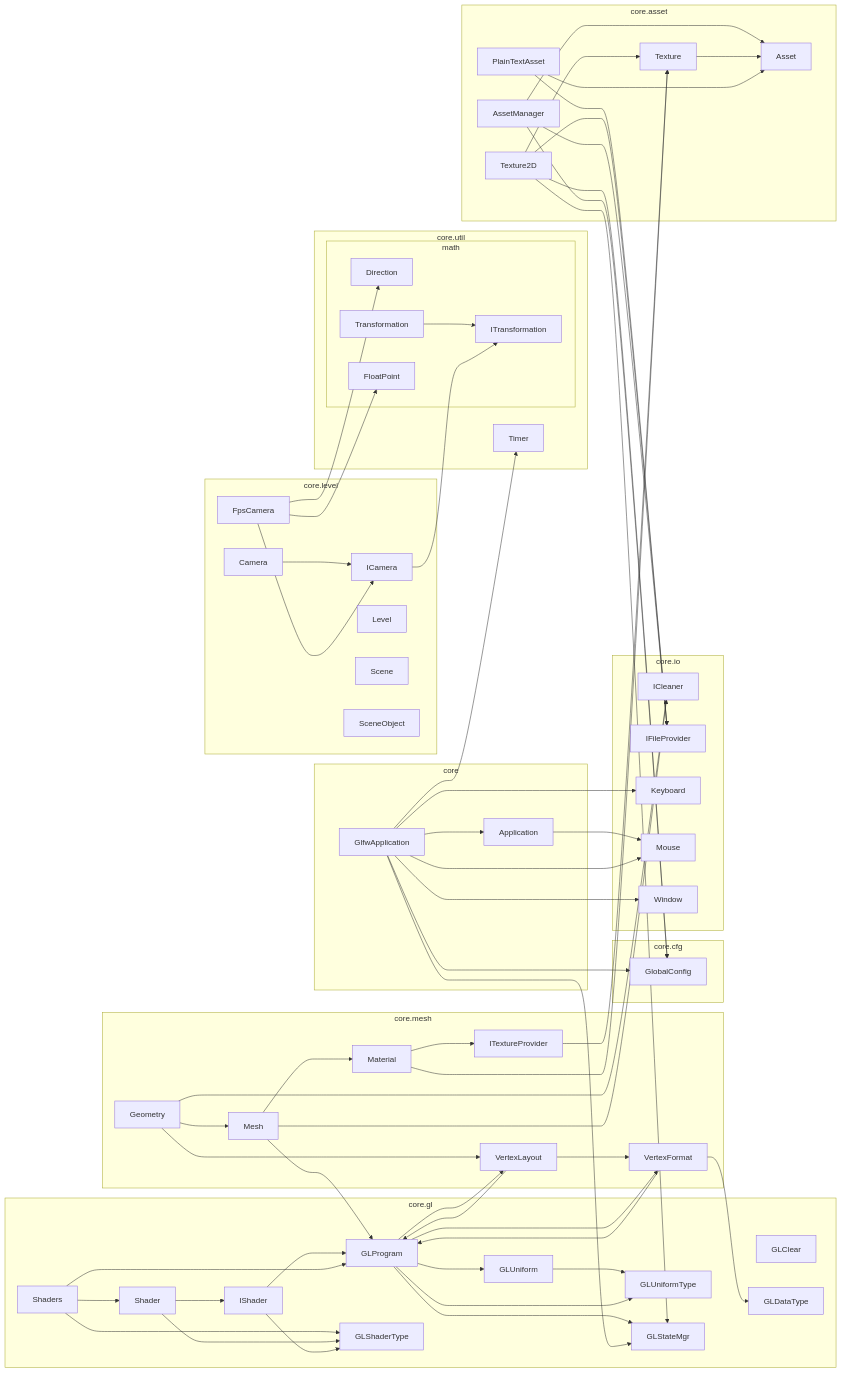
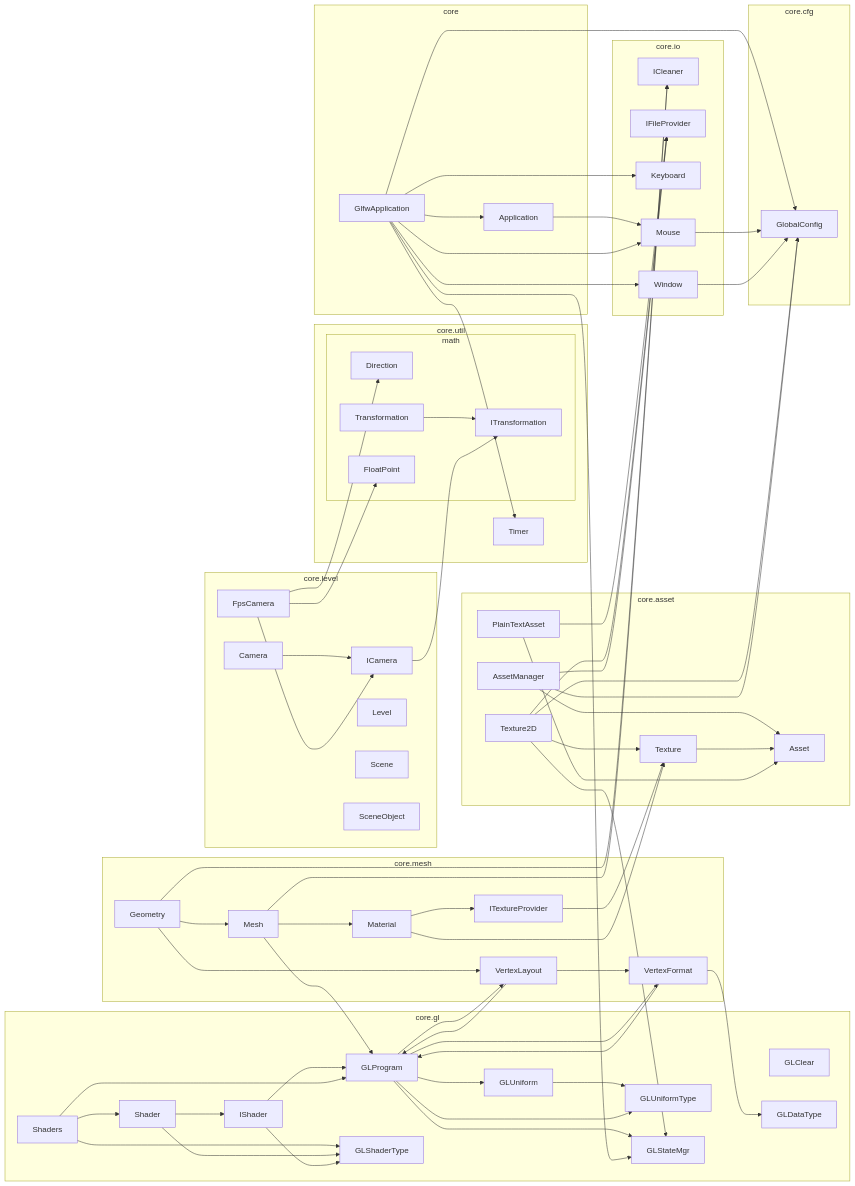
Before and after one commit to Over-Run/swgl-core: the diagram in README.md, drawn with Mermaid. The commit also changed 9 other files, not shown here.

````diff
--- a/README.md
+++ b/README.md
@@ -25,73 +25,75 @@
 ```mermaid
 graph LR
 subgraph core.asset
     AssetManager-->Asset
     Texture2D-->Texture-->Asset
     PlainTextAsset-->Asset
 end
 subgraph core.cfg
     GlobalConfig
 end
 subgraph core.gl
     GLClear
     GLDataType
     Shaders-->Shader-->IShader-->GLProgram-->GLUniform-->GLUniformType
     Shaders-->GLProgram-->GLUniformType
     Shaders-->GLShaderType
     Shader-->GLShaderType
     IShader-->GLShaderType
     GLProgram-->GLStateMgr
 end
 subgraph core.io
     ICleaner
     IFileProvider
     Keyboard
     Mouse
     Window
 end
 subgraph core.level
     Camera-->ICamera
     FpsCamera-->ICamera
     Level
     Scene
     SceneObject
 end
 subgraph core.util
     Timer
     subgraph math
         Direction
         Transformation-->ITransformation
         FloatPoint
     end
 end
 subgraph core.mesh
     Geometry-->Mesh-->GLProgram
     Geometry-->VertexLayout-->VertexFormat-->GLDataType
     Geometry-->ICleaner
     Mesh-->ICleaner
     Mesh-->Material-->ITextureProvider
 end
 subgraph core
     ga[GlfwApplication]-->Application
     ga-->GLStateMgr
     ga-->GlobalConfig
     ga-->Keyboard
     ga-->Window
 end
 VertexFormat-->GLProgram-->VertexLayout-->GLProgram
 GLProgram-->VertexFormat
 PlainTextAsset-->IFileProvider
 Texture2D-->GlobalConfig
 Texture2D-->GLStateMgr
 Texture2D-->IFileProvider
 ITextureProvider-->Texture
 Material-->Texture
 Application-->Mouse
 ga-->Mouse
 ga-->Timer
 ICamera-->ITransformation
 FpsCamera-->Direction
 FpsCamera-->FloatPoint
 AssetManager-->IFileProvider
 AssetManager-->GlobalConfig
+Mouse-->GlobalConfig
+Window-->GlobalConfig
 ```
````
